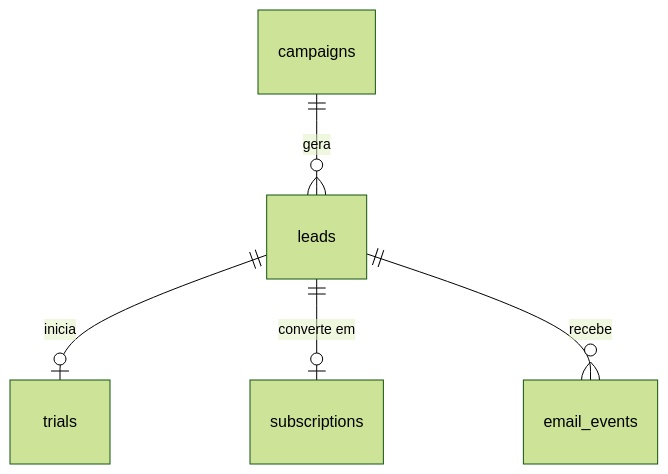
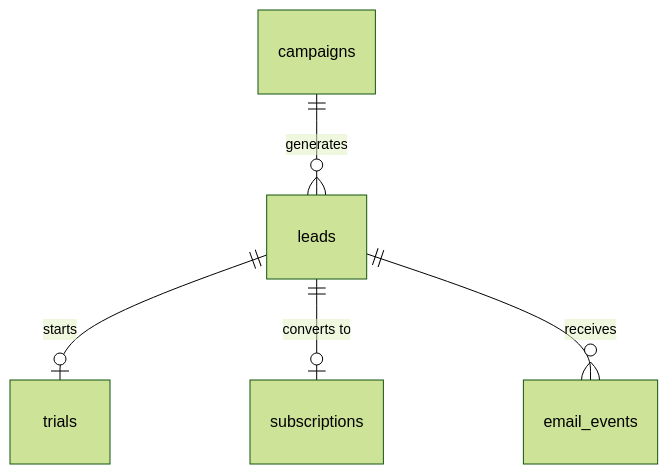
Before and after one commit to sabiorafaelaugusto-crypto/sql_queries: the diagram in README.md, drawn with Mermaid (forest theme). The commit also changed other lines of this file, not shown here.

````diff
--- a/README.md
+++ b/README.md
@@ -19,7 +19,7 @@
 ```mermaid
 erDiagram
-    campaigns ||--o{ leads : "gera"
-    leads ||--o| trials : "inicia"
-    leads ||--o| subscriptions : "converte em"
-    leads ||--o{ email_events : "recebe"
+    campaigns ||--o{ leads : "generates"
+    leads ||--o| trials : "starts"
+    leads ||--o| subscriptions : "converts to"
+    leads ||--o{ email_events : "receives"
 ```
````
